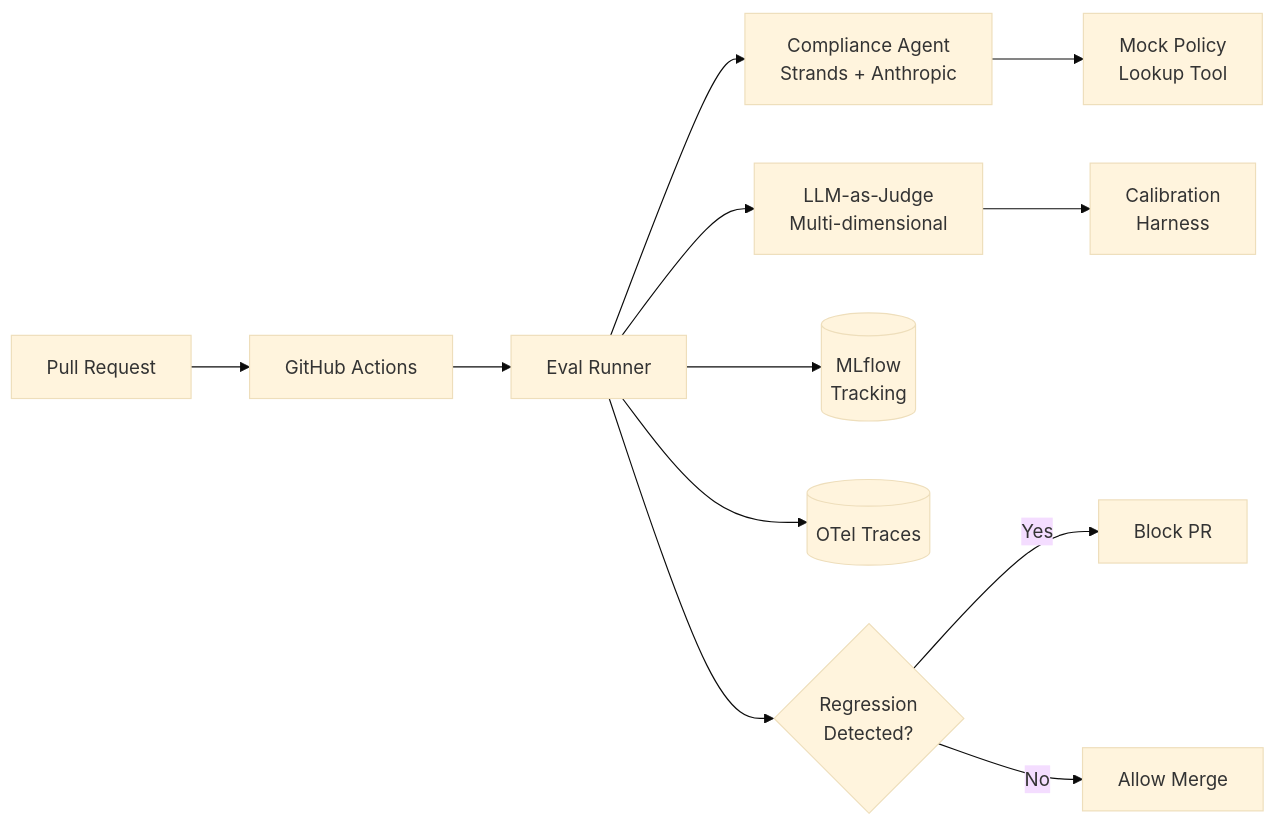
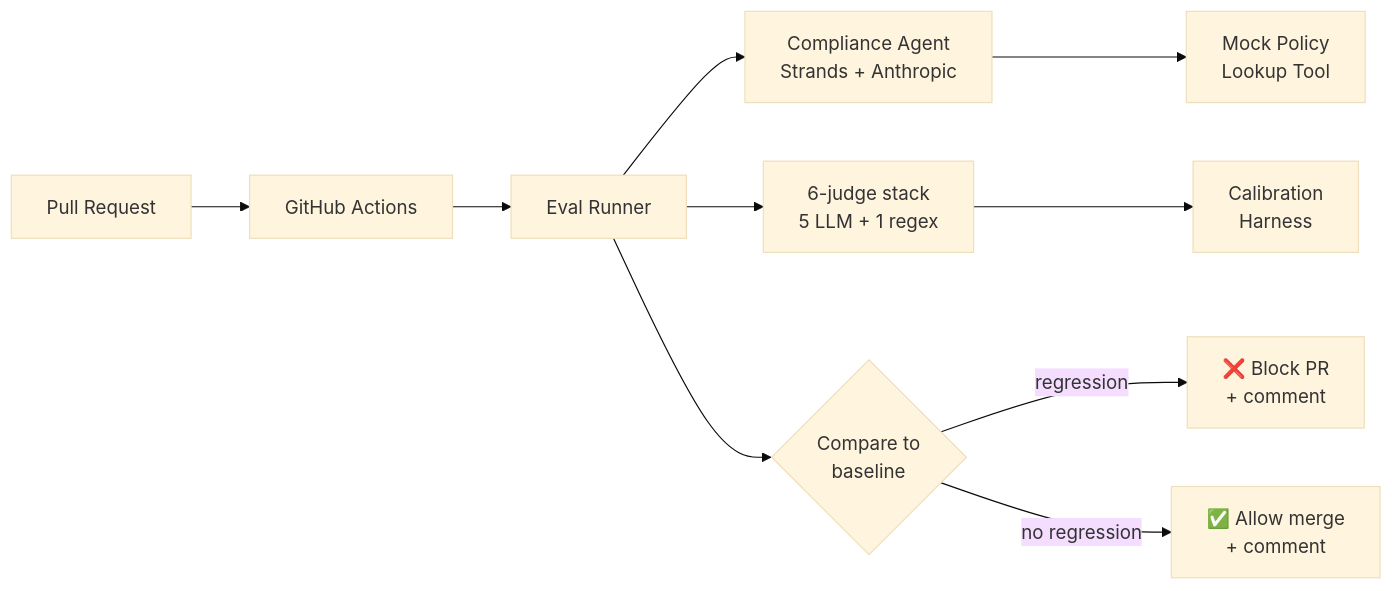
The diagram in README.md (dallarsen/banksafe-evalops), drawn with Mermaid (base theme) before and after one commit. The commit also changed other lines of this file and 8 other files, not shown here.

Commit message:
docs(stage-7): final polish — email draft, article, demo script, refreshed architecture

````diff
--- a/README.md
+++ b/README.md
@@ -37,14 +36,12 @@
 ```mermaid
 flowchart LR
     PR[Pull Request] --> CI[GitHub Actions]
     CI --> Eval[Eval Runner]
     Eval --> Agent[Compliance Agent<br/>Strands + Anthropic]
     Agent --> Tools[Mock Policy<br/>Lookup Tool]
-    Eval --> Judges[LLM-as-Judge<br/>Multi-dimensional]
+    Eval --> Judges[6-judge stack<br/>5 LLM + 1 regex]
     Judges --> Calibrate[Calibration<br/>Harness]
-    Eval --> MLflow[(MLflow<br/>Tracking)]
-    Eval --> OTel[(OTel Traces)]
-    Eval --> Gate{Regression<br/>Detected?}
-    Gate -- Yes --> Block[Block PR]
-    Gate -- No --> Pass[Allow Merge]
+    Eval --> Compare{Compare to<br/>baseline}
+    Compare -- regression --> Block[❌ Block PR<br/>+ comment]
+    Compare -- no regression --> Pass[✅ Allow merge<br/>+ comment]
 ```
````
